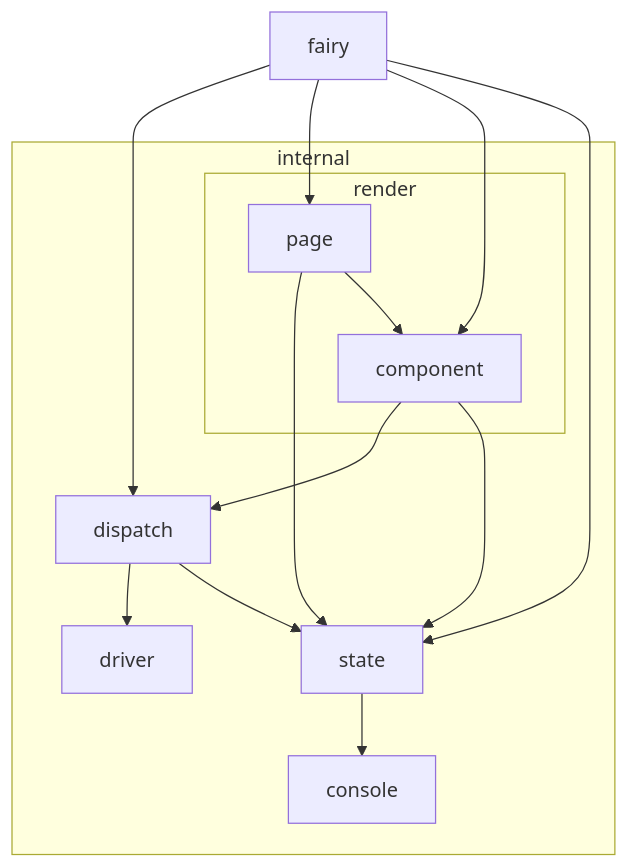
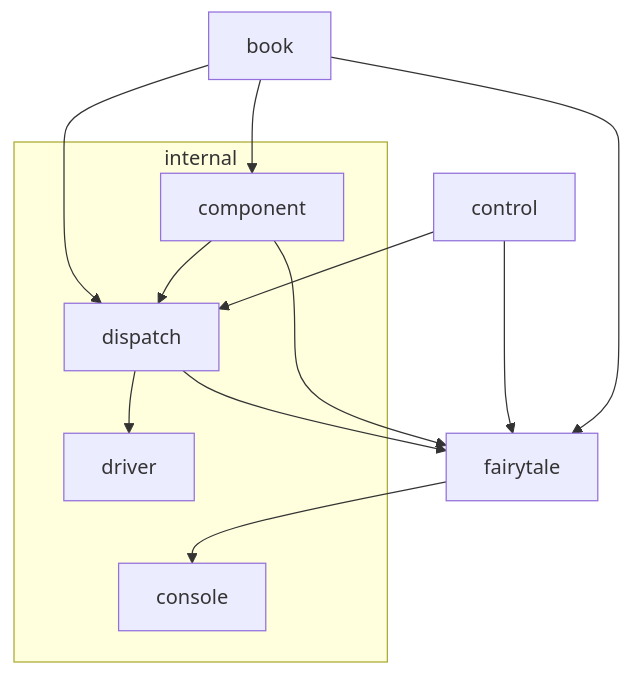
Before and after one commit to macabot/fairytale: the diagram in README.md, drawn with Mermaid. The commit also changed 31 other files, not shown here.

````diff
--- a/README.md
+++ b/README.md
@@ -6,33 +6,26 @@
 ```mermaid
 flowchart TD
 
 subgraph internal
     dispatch
-
-    subgraph render
-        page
-        component
-    end
-
-    state
+    component
     console
     driver
 end
 
 
-fairy --> dispatch
-fairy --> page
-fairy --> component
-fairy --> state
+book --> dispatch
+book --> component
+book --> fairytale
 
 dispatch --> driver
-dispatch --> state
+dispatch --> fairytale
 
 component --> dispatch
-component --> state
+component --> fairytale
 
-page --> state
-page --> component
+control --> fairytale
+control --> dispatch
 
-state --> console
+fairytale --> console
 ```
````
